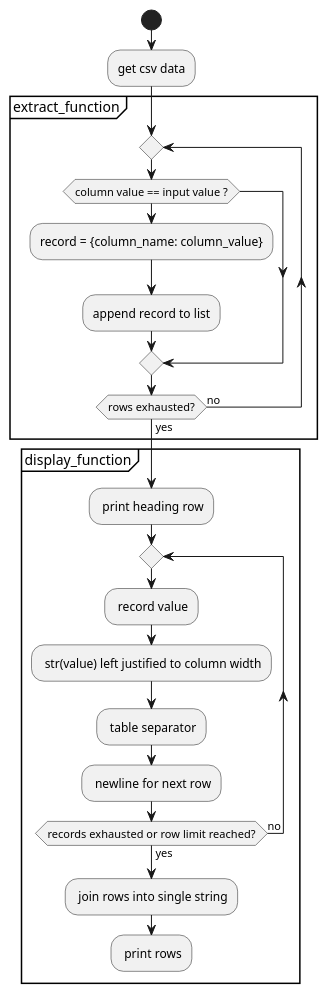
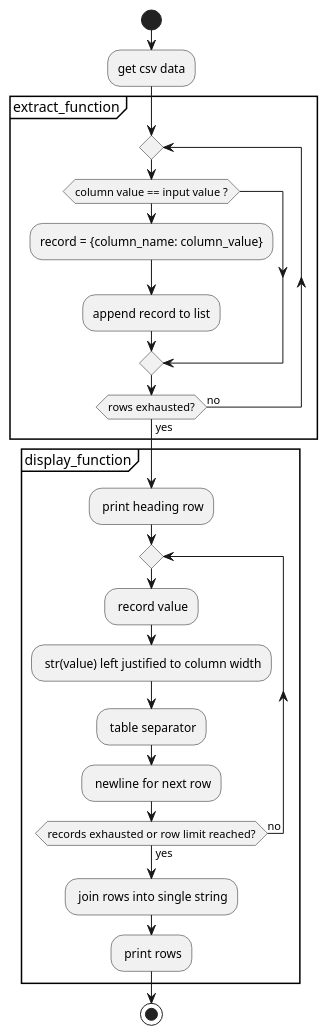
The diagram in doc/extract_csv_activity.plantuml (RalleyD/COM731-Assessment), drawn with PlantUML before and after one commit.

Commit message:
csv activity diagram - stop symbol

```diff
--- a/doc/extract_csv_activity.plantuml
+++ b/doc/extract_csv_activity.plantuml
@@ -1,28 +1,30 @@
 @startuml
 
 start
 
 :get csv data;
 
 Partition extract_function {
     repeat
         if (column value == input value ?) then
             :record = {column_name: column_value};
             :append record to list;
         endif
     repeat while (rows exhausted?) is (no) not (yes)
 }
 
 Partition display_function {
     : print heading row;
     repeat
         : record value;
         : str(value) left justified to column width;
         : table separator;
         : newline for next row;
     repeat while (records exhausted or row limit reached?) is (no) not (yes)
     : join rows into single string;
     : print rows;
 }
 
+stop
+
 @enduml
```
